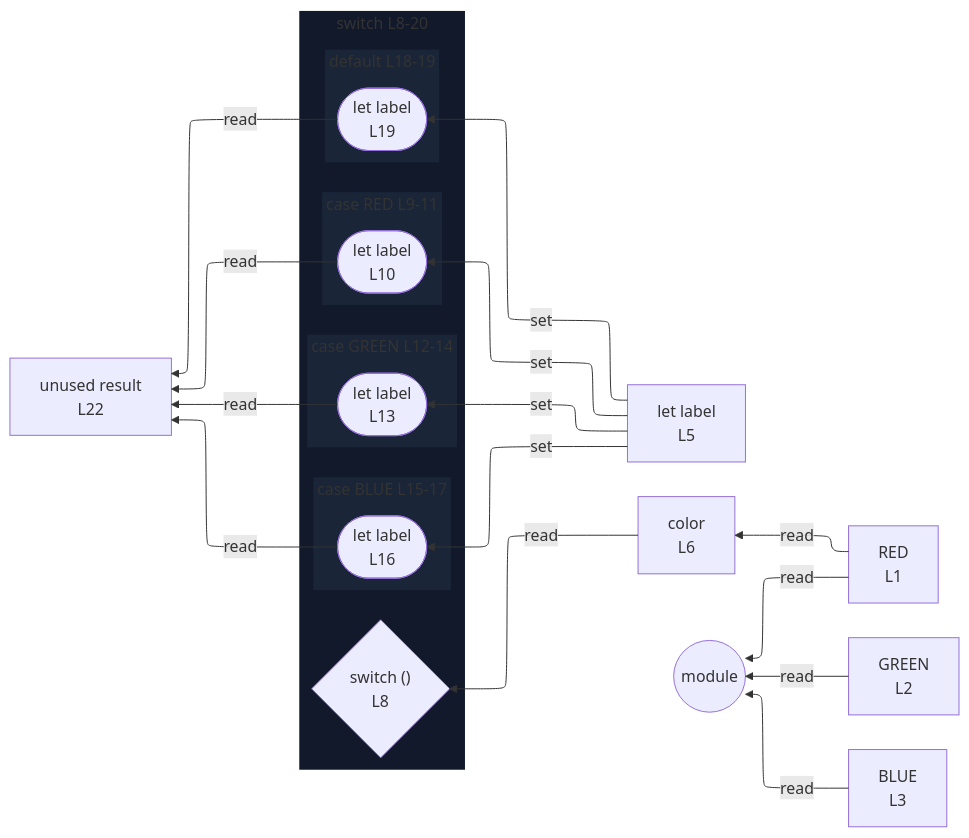
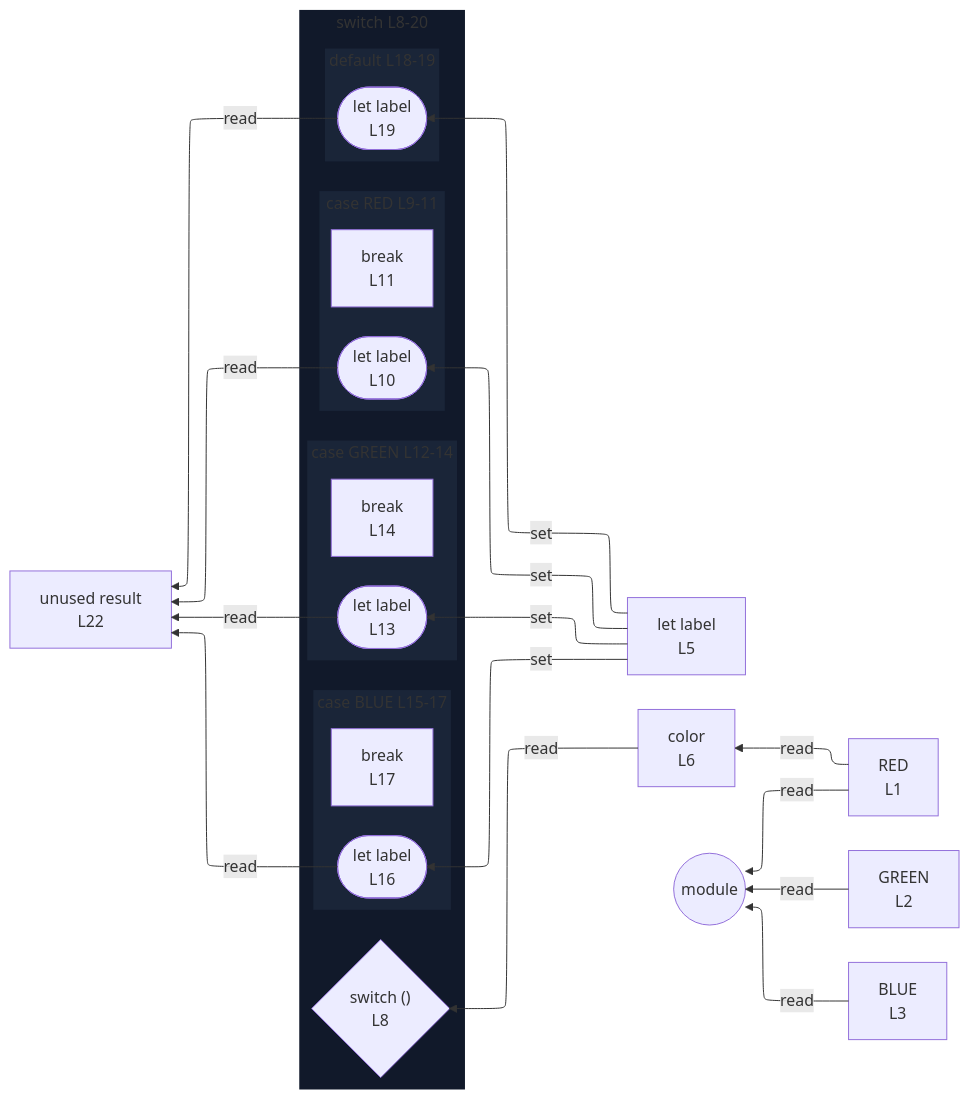
One commit to crescware/unsnarl changed the diagram in integration/fixtures/switch-statement/identifier/preview.md. Above: the diagram before and after it, drawn with Mermaid. The commit also changed 352 other files, not shown here.

````diff
--- a/integration/fixtures/switch-statement/identifier/preview.md
+++ b/integration/fixtures/switch-statement/identifier/preview.md
@@ -32,51 +32,54 @@
 ```mermaid
 %%{init: {"flowchart": {"defaultRenderer": "elk"}}}%%
 flowchart RL
   n_scope_0_RED_6["RED<br/>L1"]
   n_scope_0_GREEN_23["GREEN<br/>L2"]
   n_scope_0_BLUE_42["BLUE<br/>L3"]
   n_scope_0_label_59["let label<br/>L5"]
   n_scope_0_color_77["color<br/>L6"]
   n_scope_0_result_283["unused result<br/>L22"]
   subgraph s_scope_1["switch L8-20"]
     direction RL
     switch_discriminant_scope_0_91{"switch ()<br/>L8"}
     subgraph s_scope_2["case RED L9-11"]
       direction RL
       wr_ref_8(["let label<br/>L10"])
+      bc_break_143["break<br/>L11"]
     end
     subgraph s_scope_3["case GREEN L12-14"]
       direction RL
       wr_ref_10(["let label<br/>L13"])
+      bc_break_189["break<br/>L14"]
     end
     subgraph s_scope_4["case BLUE L15-17"]
       direction RL
       wr_ref_12(["let label<br/>L16"])
+      bc_break_233["break<br/>L17"]
     end
     subgraph s_scope_5["default L18-19"]
       direction RL
       wr_ref_13(["let label<br/>L19"])
     end
   end
   n_scope_0_label_59 -->|set| wr_ref_8
   n_scope_0_label_59 -->|set| wr_ref_10
   n_scope_0_label_59 -->|set| wr_ref_12
   n_scope_0_label_59 -->|set| wr_ref_13
   n_scope_0_RED_6 -->|read| n_scope_0_color_77
   n_scope_0_color_77 -->|read| switch_discriminant_scope_0_91
   n_scope_0_RED_6 -->|read| module_root
   n_scope_0_GREEN_23 -->|read| module_root
   n_scope_0_BLUE_42 -->|read| module_root
   wr_ref_8 -->|read| n_scope_0_result_283
   wr_ref_10 -->|read| n_scope_0_result_283
   wr_ref_12 -->|read| n_scope_0_result_283
   wr_ref_13 -->|read| n_scope_0_result_283
   module_root((module))
   classDef nestL1 fill:#11192a,stroke:transparent;
   class s_scope_1 nestL1;
   classDef nestL2 fill:#1a2538,stroke:transparent;
   class s_scope_2 nestL2;
   class s_scope_3 nestL2;
   class s_scope_4 nestL2;
   class s_scope_5 nestL2;
 ```
````
